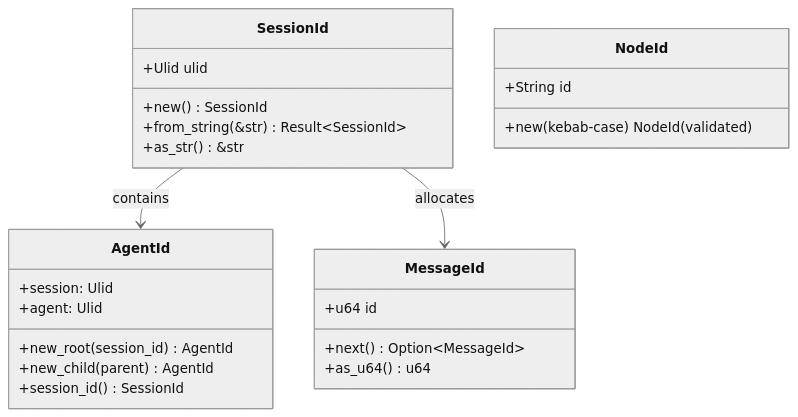
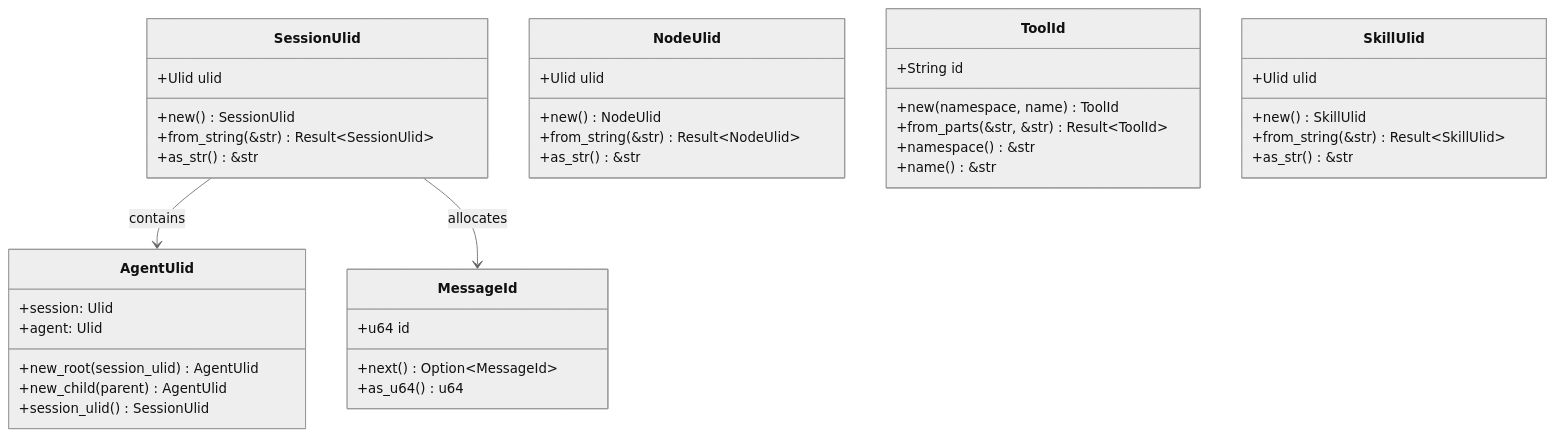
Before and after one commit to MiyakoMeow/neco: the first of 5 diagrams in progress/TECH-SESSION.md, drawn with Mermaid (neutral theme). The commit also changed other lines of this file and 9 other files, not shown here.

````diff
--- a/progress/TECH-SESSION.md
+++ b/progress/TECH-SESSION.md
@@ -16,31 +16,48 @@
 ```mermaid
 classDiagram
-    class SessionId {
+    class SessionUlid {
         +Ulid ulid
-        +new() SessionId
-        +from_string(&str) Result~SessionId~
+        +new() SessionUlid
+        +from_string(&str) Result~SessionUlid~
         +as_str() &str
     }
     
-    class AgentId {
+    class AgentUlid {
         +session: Ulid
         +agent: Ulid
-        +new_root(session_id) AgentId
-        +new_child(parent) AgentId
-        +session_id() SessionId
+        +new_root(session_ulid) AgentUlid
+        +new_child(parent) AgentUlid
+        +session_ulid() SessionUlid
     }
     
     class MessageId {
         +u64 id
         +next() Option~MessageId~
         +as_u64() u64
     }
     
-    class NodeId {
-        +String id
-        +new(kebab-case) NodeId (validated)
+    class NodeUlid {
+        +Ulid ulid
+        +new() NodeUlid
+        +from_string(&str) Result~NodeUlid~
+        +as_str() &str
     }
     
-    SessionId --> AgentId : contains
-    SessionId --> MessageId : allocates
+    class ToolId {
+        +String id
+        +new(namespace, name) ToolId
+        +from_parts(&str, &str) Result~ToolId~
+        +namespace() &str
+        +name() &str
+    }
+    
+    class SkillUlid {
+        +Ulid ulid
+        +new() SkillUlid
+        +from_string(&str) Result~SkillUlid~
+        +as_str() &str
+    }
+    
+    SessionUlid --> AgentUlid : contains
+    SessionUlid --> MessageId : allocates
 ```
````
